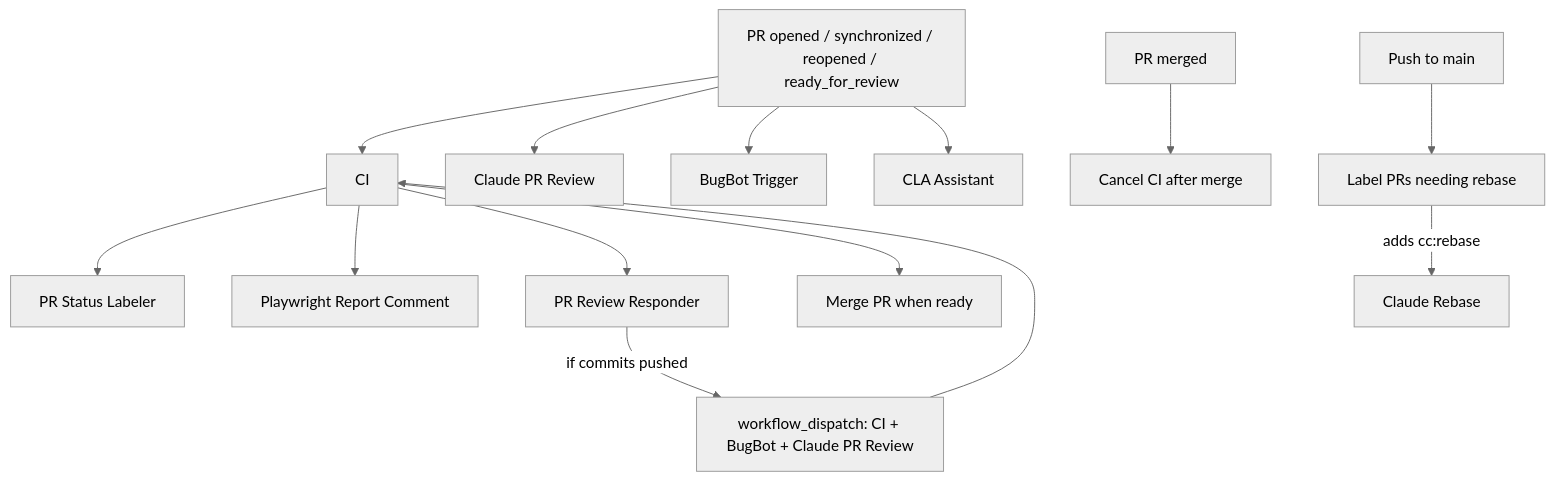
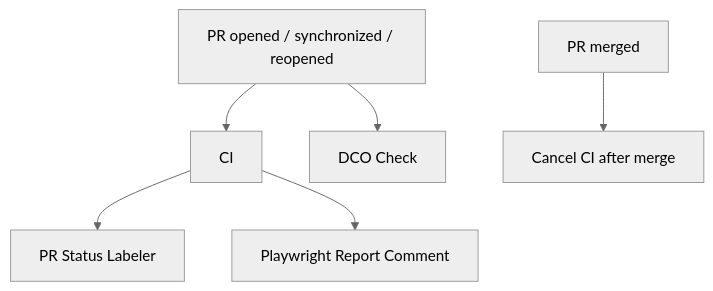
One commit to Zandalorthewizzard/Chaemera changed the second of 2 diagrams in .github/workflows/README.md. Above: the diagram before and after it, drawn with Mermaid (neutral theme). The commit also changed other lines of this file and 14 other files, not shown here.

````diff
--- a/.github/workflows/README.md
+++ b/.github/workflows/README.md
@@ -19,20 +19,10 @@
 ```mermaid
 flowchart TD
-  PR[PR opened / synchronized / reopened / ready_for_review] --> CI[CI]
-  PR --> CPR[Claude PR Review]
-  PR --> BB[BugBot Trigger]
-  PR --> CLA[CLA Assistant]
+  PR[PR opened / synchronized / reopened] --> CI[CI]
+  PR --> DCO[DCO Check]
 
   CI --> PSL[PR Status Labeler]
   CI --> PWC[Playwright Report Comment]
-  CI --> PRR[PR Review Responder]
-  CI --> MPR[Merge PR when ready]
-
-  PRR -->|if commits pushed| WFD[workflow_dispatch: CI + BugBot + Claude PR Review]
-  WFD --> CI
 
   PM[PR merged] --> CCI[Cancel CI after merge]
-
-  MAIN[Push to main] --> LR[Label PRs needing rebase]
-  LR -->|adds cc:rebase| CR[Claude Rebase]
 ```
````
